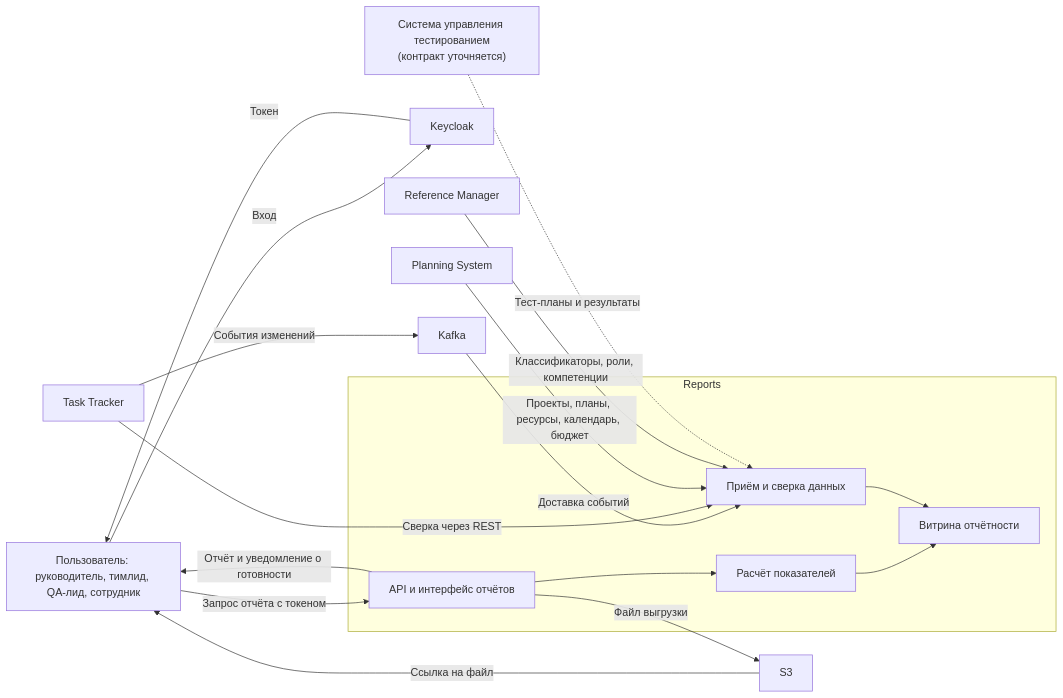
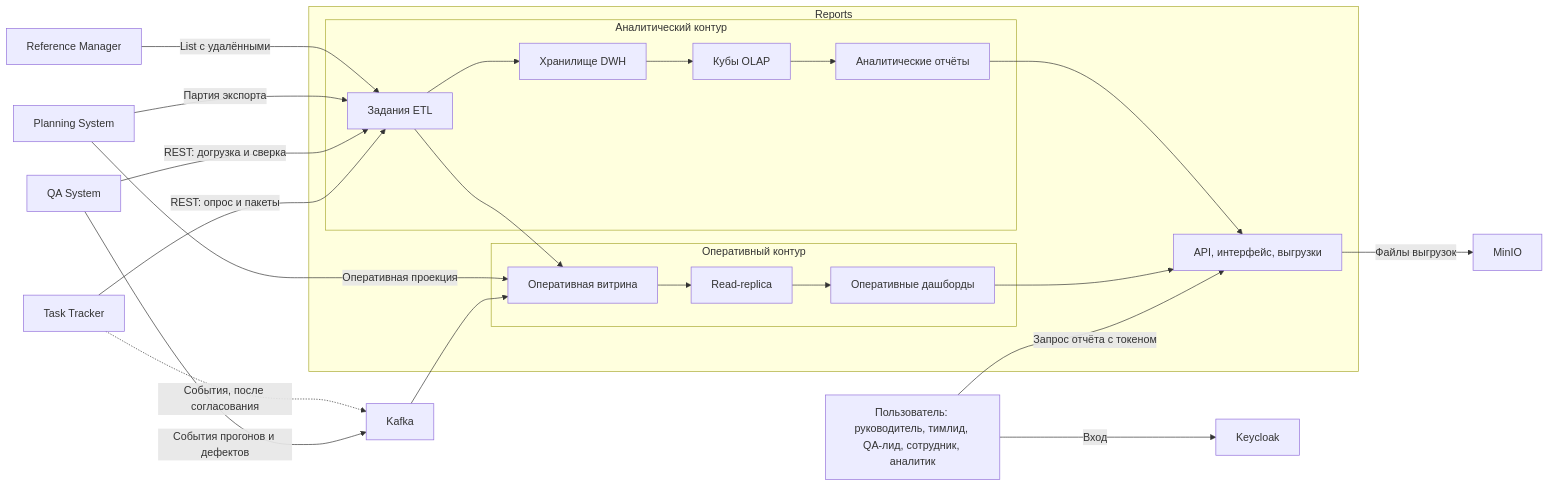
One commit to MEPhI-C22-501/arch-info-system-monorepo changed the first of 6 diagrams in reports/docs/vision.md. Above: the diagram before and after it, drawn with Mermaid. The commit also changed other lines of this file and 40 other files, not shown here.

````diff
--- a/reports/docs/vision.md
+++ b/reports/docs/vision.md
@@ -24,34 +27,46 @@
 ```mermaid
 flowchart LR
-    U["Пользователь: руководитель, тимлид, QA-лид, сотрудник"]
+    U["Пользователь: руководитель, тимлид, QA-лид, сотрудник, аналитик"]
     K["Keycloak"]
     TT["Task Tracker"]
     PS["Planning System"]
     RM["Reference Manager"]
-    TS["Система управления тестированием<br/>(контракт уточняется)"]
+    QA["QA System"]
     KF["Kafka"]
-    S3["S3"]
+    MN["MinIO"]
 
     subgraph REP["Reports"]
-        API["API и интерфейс отчётов"]
-        CALC["Расчёт показателей"]
-        DM["Витрина отчётности"]
-        ING["Приём и сверка данных"]
+        subgraph OPC["Оперативный контур"]
+            OPS["Оперативная витрина"]
+            RR["Read-replica"]
+            OD["Оперативные дашборды"]
+        end
+        subgraph ANC["Аналитический контур"]
+            ETL["Задания ETL"]
+            DWH["Хранилище DWH"]
+            CUBE["Кубы OLAP"]
+            AR["Аналитические отчёты"]
+        end
+        API["API, интерфейс, выгрузки"]
     end
 
     U -->|"Вход"| K
-    K -->|"Токен"| U
     U -->|"Запрос отчёта с токеном"| API
-    API --> CALC
-    CALC --> DM
-    ING --> DM
-    TT -->|"События изменений"| KF
-    KF -->|"Доставка событий"| ING
-    TT -->|"Сверка через REST"| ING
-    PS -->|"Проекты, планы, ресурсы, календарь, бюджет"| ING
-    RM -->|"Классификаторы, роли, компетенции"| ING
-    TS -.->|"Тест-планы и результаты"| ING
-    API -->|"Файл выгрузки"| S3
-    S3 -->|"Ссылка на файл"| U
-    API -->|"Отчёт и уведомление о готовности"| U
+    QA -->|"События прогонов и дефектов"| KF
+    TT -.->|"События, после согласования"| KF
+    KF --> OPS
+    TT -->|"REST: опрос и пакеты"| ETL
+    QA -->|"REST: догрузка и сверка"| ETL
+    PS -->|"Партия экспорта"| ETL
+    PS -->|"Оперативная проекция"| OPS
+    RM -->|"List с удалёнными"| ETL
+    ETL --> OPS
+    ETL --> DWH
+    OPS --> RR
+    RR --> OD
+    DWH --> CUBE
+    CUBE --> AR
+    OD --> API
+    AR --> API
+    API -->|"Файлы выгрузок"| MN
 ```
````
